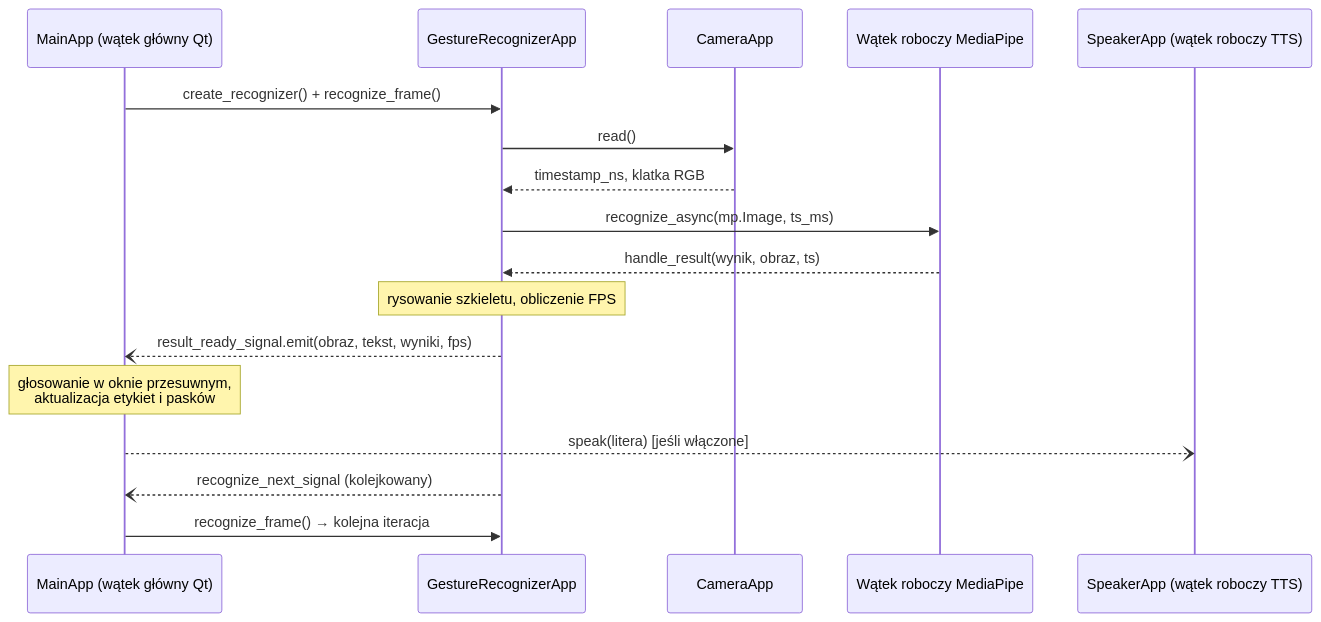
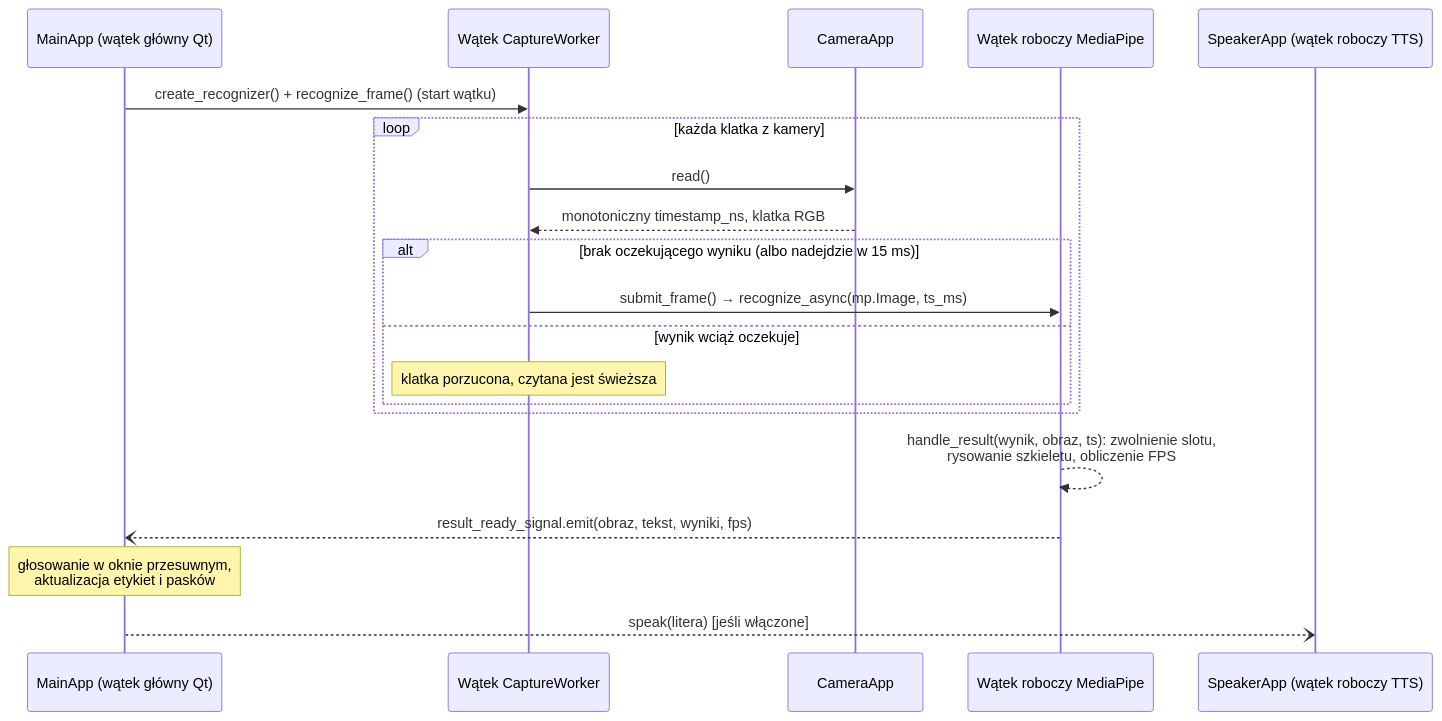
The second of 2 diagrams in docs/TECHNICAL_DOCUMENTATION.pl.md (DXtR1337/AI_sign_language_translator), drawn with Mermaid before and after one commit. The commit also changed other lines of this file and 8 other files, not shown here.

````diff
--- a/docs/TECHNICAL_DOCUMENTATION.pl.md
+++ b/docs/TECHNICAL_DOCUMENTATION.pl.md
@@ -83,20 +83,23 @@
 ```mermaid
 sequenceDiagram
     participant M as MainApp (wątek główny Qt)
-    participant R as GestureRecognizerApp
+    participant W as Wątek CaptureWorker
     participant C as CameraApp
     participant MP as Wątek roboczy MediaPipe
     participant T as SpeakerApp (wątek roboczy TTS)
 
-    M->>R: create_recognizer() + recognize_frame()
-    R->>C: read()
-    C-->>R: timestamp_ns, klatka RGB
-    R->>MP: recognize_async(mp.Image, ts_ms)
-    MP-->>R: handle_result(wynik, obraz, ts)
-    Note over R: rysowanie szkieletu, obliczenie FPS
-    R--)M: result_ready_signal.emit(obraz, tekst, wyniki, fps)
+    M->>W: create_recognizer() + recognize_frame() (start wątku)
+    loop każda klatka z kamery
+        W->>C: read()
+        C-->>W: monotoniczny timestamp_ns, klatka RGB
+        alt brak oczekującego wyniku (albo nadejdzie w 15 ms)
+            W->>MP: submit_frame() → recognize_async(mp.Image, ts_ms)
+        else wynik wciąż oczekuje
+            Note over W: klatka porzucona, czytana jest świeższa
+        end
+    end
+    MP-->>MP: handle_result(wynik, obraz, ts): zwolnienie slotu,<br/>rysowanie szkieletu, obliczenie FPS
+    MP--)M: result_ready_signal.emit(obraz, tekst, wyniki, fps)
     Note over M: głosowanie w oknie przesuwnym,<br/>aktualizacja etykiet i pasków
     M--)T: speak(litera)  [jeśli włączone]
-    R--)M: recognize_next_signal (kolejkowany)
-    M->>R: recognize_frame()  → kolejna iteracja
 ```
````
